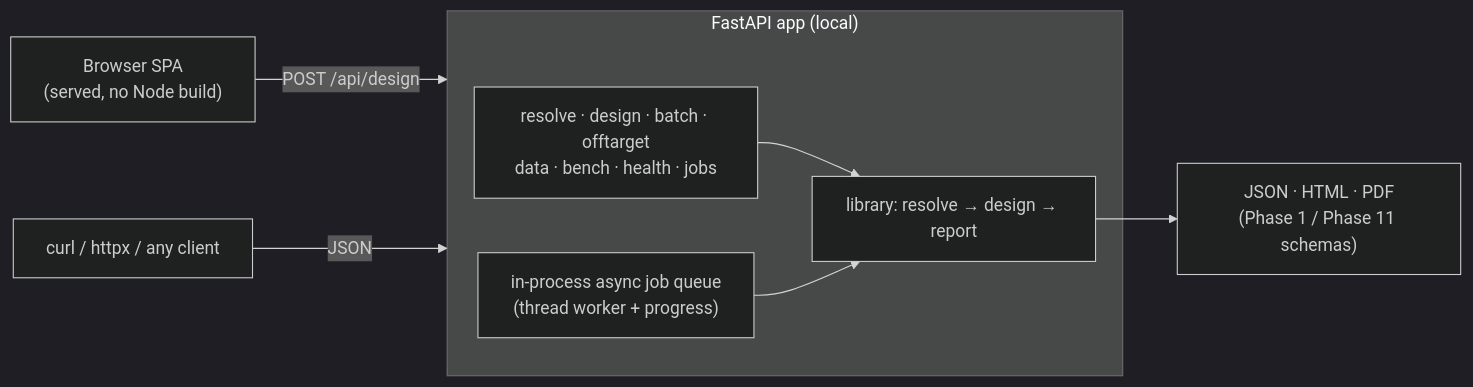
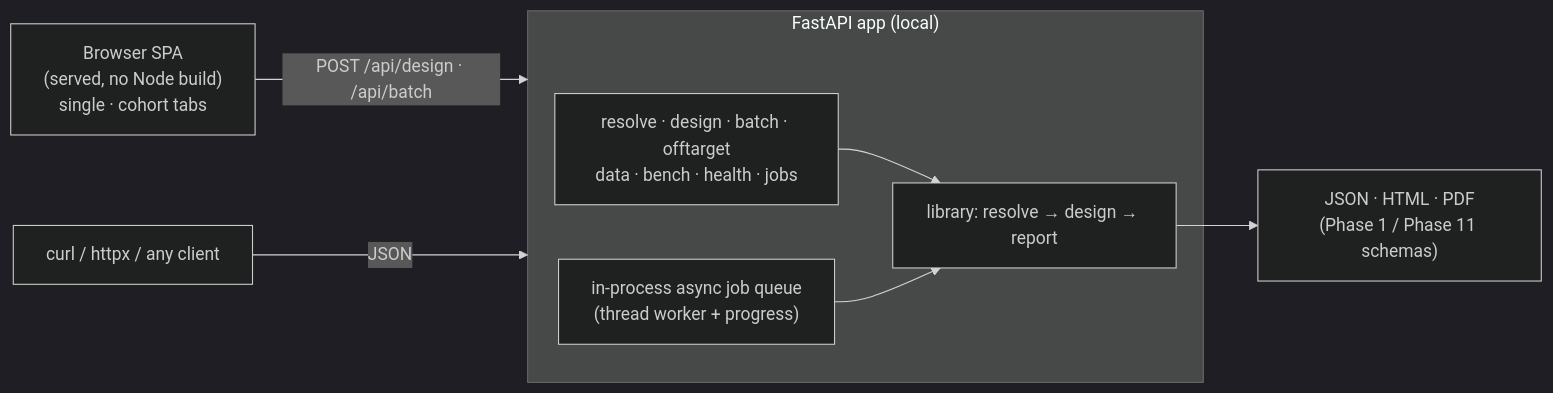
One commit to clay-good/alleleforge changed diagram 12 of 13 in README.md. Above: the diagram before and after it, drawn with Mermaid (dark theme). The commit also changed other lines of this file and 5 other files, not shown here.

First line of the commit message:
feat(Phase 13/web): browser cohort UI — wire the SPA to POST /api/batch

````diff
--- a/README.md
+++ b/README.md
@@ -889,12 +891,12 @@
 ```mermaid
 flowchart LR
-    B["Browser SPA<br/>(served, no Node build)"] -->|POST /api/design| API
+    B["Browser SPA<br/>(served, no Node build)<br/>single · cohort tabs"] -->|POST /api/design · /api/batch| API
     CURL["curl / httpx / any client"] -->|JSON| API
     subgraph API["FastAPI app (local)"]
         EP["resolve · design · batch · offtarget<br/>data · bench · health · jobs"]
         JQ["in-process async job queue<br/>(thread worker + progress)"]
         EP --> LIB
         JQ --> LIB
     end
     LIB["library: resolve → design → report"] --> OUT["JSON · HTML · PDF<br/>(Phase 1 / Phase 11 schemas)"]
 ```
````
